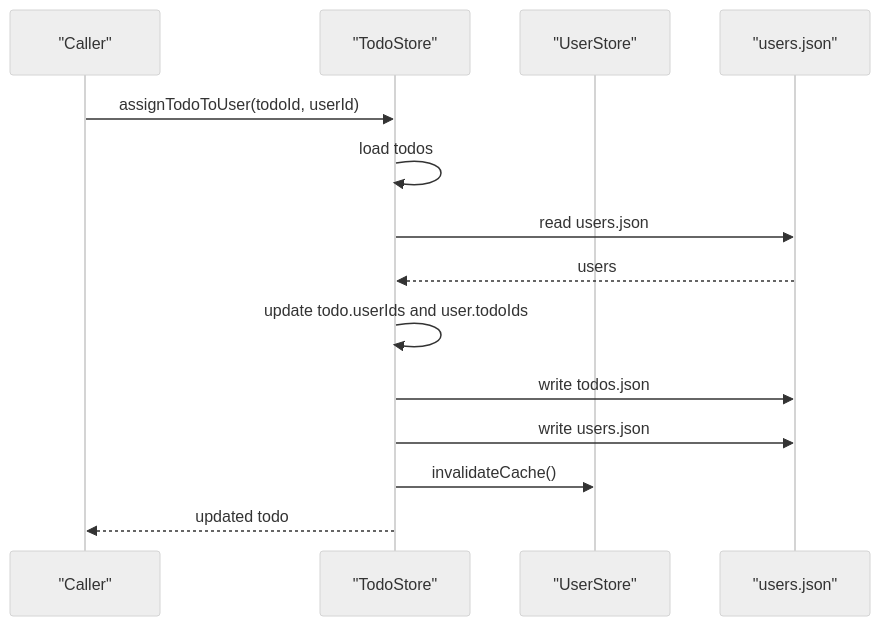
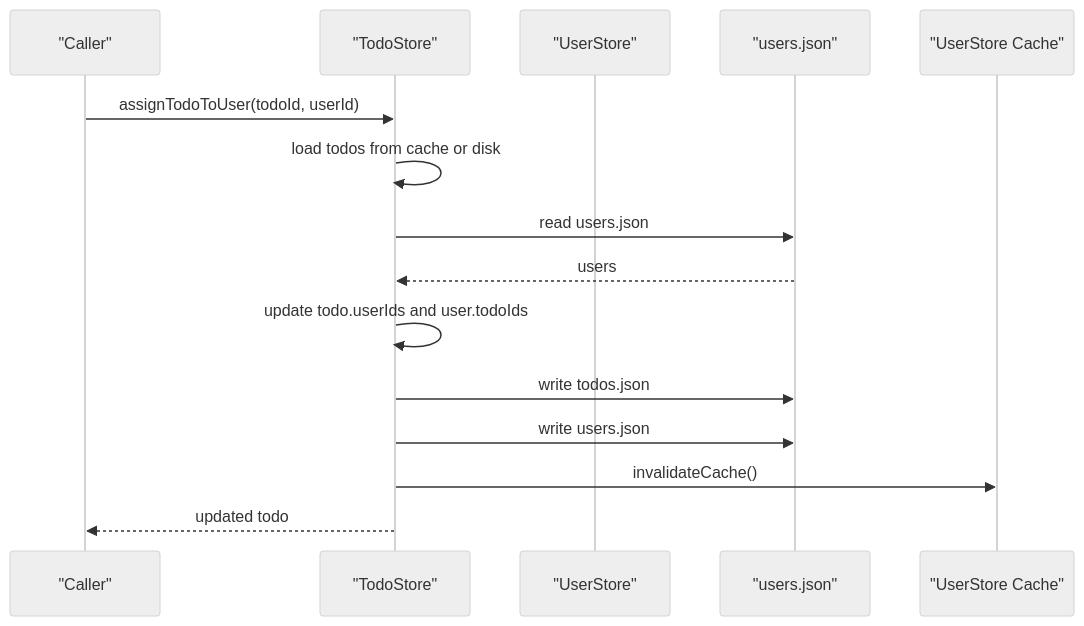
The fifth of 8 diagrams in .qoder/repowiki/en/content/Example Implementation/Example Implementation.md (cdavis-code/easy_mcp_workspace), drawn with Mermaid (neutral theme) before and after one commit. The commit also changed other lines of this file and 14 other files, not shown here.

````diff
--- a/.qoder/repowiki/en/content/Example Implementation/Example Implementation.md
+++ b/.qoder/repowiki/en/content/Example Implementation/Example Implementation.md
@@ -245,16 +263,17 @@
 ```mermaid
 sequenceDiagram
 participant Caller as "Caller"
 participant TodoStore as "TodoStore"
 participant UserStore as "UserStore"
 participant Disk as "users.json"
+participant Cache as "UserStore Cache"
 Caller->>TodoStore : assignTodoToUser(todoId, userId)
-TodoStore->>TodoStore : load todos
+TodoStore->>TodoStore : load todos from cache or disk
 TodoStore->>Disk : read users.json
 Disk-->>TodoStore : users
 TodoStore->>TodoStore : update todo.userIds and user.todoIds
 TodoStore->>Disk : write todos.json
 TodoStore->>Disk : write users.json
-TodoStore->>UserStore : invalidateCache()
+TodoStore->>Cache : invalidateCache()
 TodoStore-->>Caller : updated todo
 ```
````
